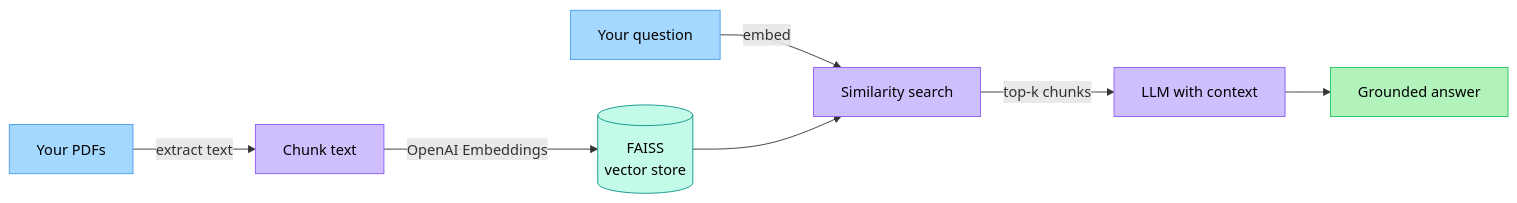
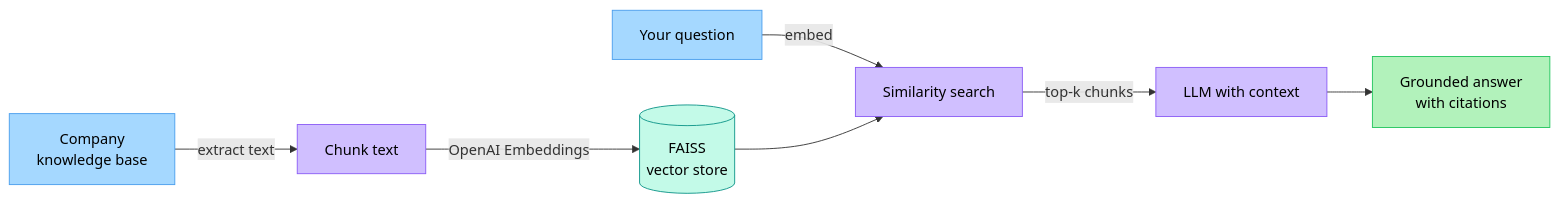
The diagram in README.md (19bk/QueryPDF_using_AI), drawn with Mermaid before and after one commit. The commit also changed other lines of this file, not shown here.

First line of the commit message:
docs: reframe as company knowledge base, not PDFs

````diff
--- a/README.md
+++ b/README.md
@@ -40,18 +59,18 @@
 ```mermaid
 flowchart LR
-    A[Your PDFs] -->|extract text| B[Chunk text]
+    A[Company<br/>knowledge base] -->|extract text| B[Chunk text]
     B -->|OpenAI Embeddings| C[(FAISS<br/>vector store)]
     D[Your question] -->|embed| E[Similarity search]
     C --> E
     E -->|top-k chunks| F[LLM with context]
-    F --> G[Grounded answer]
+    F --> G[Grounded answer<br/>with citations]
 
     classDef src fill:#a5d8ff,stroke:#4a9eed,color:#000
     classDef proc fill:#d0bfff,stroke:#8b5cf6,color:#000
     classDef store fill:#c3fae8,stroke:#0d9488,color:#000
     classDef out fill:#b2f2bb,stroke:#22c55e,color:#000
     class A,D src
     class B,E,F proc
     class C store
     class G out
 ```
````
